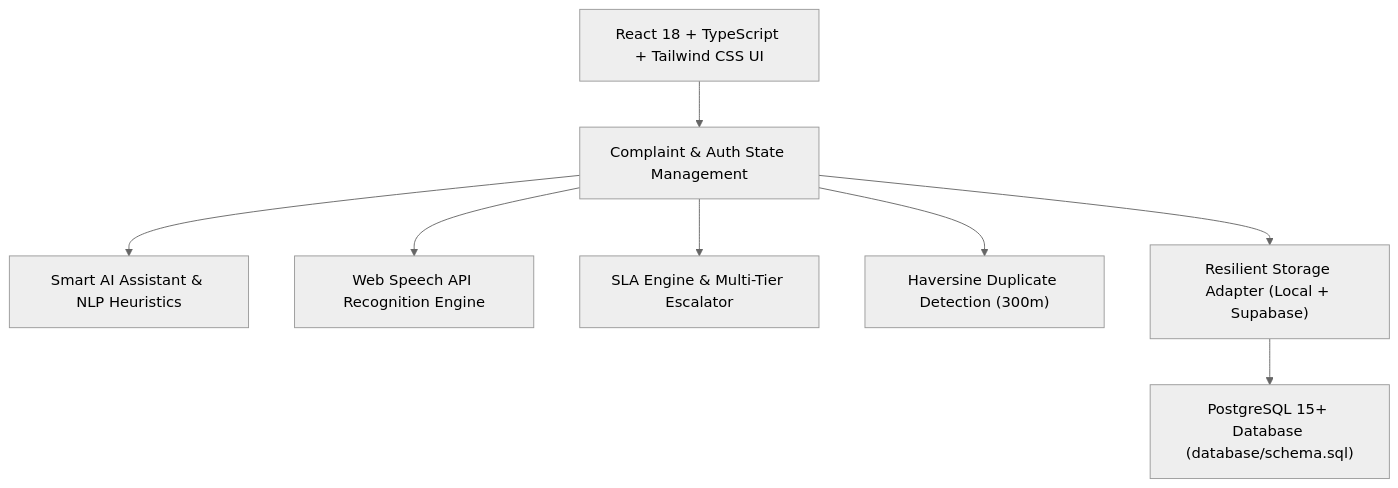
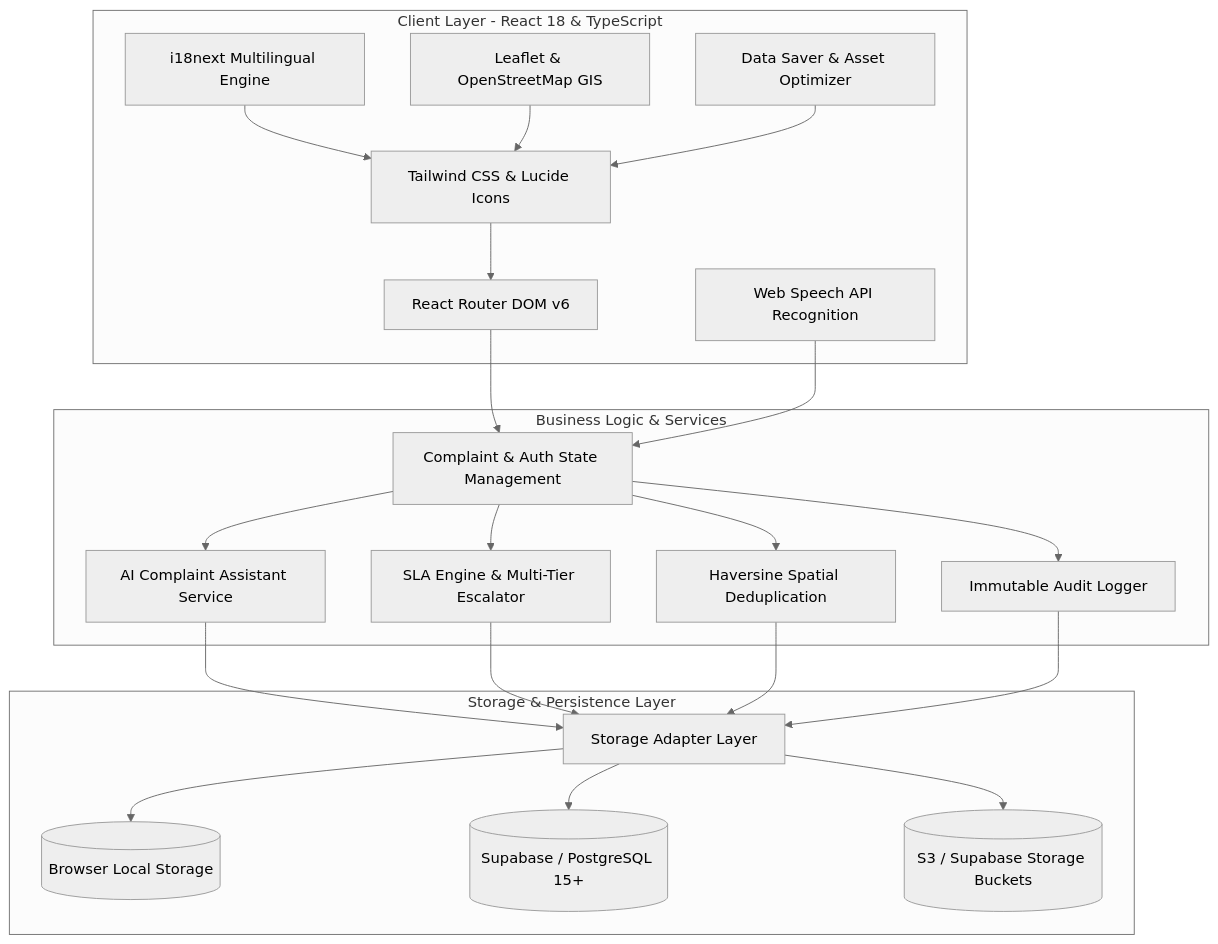
One commit to bandegangasai/NagarSetu changed the second of 4 diagrams in README.md. Above: the diagram before and after it, drawn with Mermaid (neutral theme). The commit also changed other lines of this file, not shown here.

````diff
--- a/README.md
+++ b/README.md
@@ -120,10 +140,47 @@
 ```mermaid
-graph TD
-    Client["React 18 + TypeScript + Tailwind CSS UI"] --> Context["Complaint & Auth State Management"]
-    Context --> AI["Smart AI Assistant & NLP Heuristics"]
-    Context --> Speech["Web Speech API Recognition Engine"]
-    Context --> SLA["SLA Engine & Multi-Tier Escalator"]
-    Context --> Geo["Haversine Duplicate Detection (300m)"]
-    Context --> Adapter["Resilient Storage Adapter (Local + Supabase)"]
-    Adapter --> DB["PostgreSQL 15+ Database (database/schema.sql)"]
+graph TB
+    subgraph ClientLayer [Client Layer - React 18 & TypeScript]
+        UI[Tailwind CSS & Lucide Icons]
+        Router[React Router DOM v6]
+        Voice[Web Speech API Recognition]
+        I18n[i18next Multilingual Engine]
+        Map[Leaflet & OpenStreetMap GIS]
+        DataSaver[Data Saver & Asset Optimizer]
+    end
+
+    subgraph ServiceLayer [Business Logic & Services]
+        State[Complaint & Auth State Management]
+        AI[AI Complaint Assistant Service]
+        SLA[SLA Engine & Multi-Tier Escalator]
+        Geo[Haversine Spatial Deduplication]
+        Audit[Immutable Audit Logger]
+    end
+
+    subgraph DataLayer [Storage & Persistence Layer]
+        Adapter[Storage Adapter Layer]
+        LocalStorage[(Browser Local Storage)]
+        Supabase[(Supabase / PostgreSQL 15+)]
+        Storage[(S3 / Supabase Storage Buckets)]
+    end
+
+    UI --> Router
+    Router --> State
+    Voice --> State
+    I18n --> UI
+    Map --> UI
+    DataSaver --> UI
+
+    State --> AI
+    State --> SLA
+    State --> Geo
+    State --> Audit
+
+    AI --> Adapter
+    SLA --> Adapter
+    Geo --> Adapter
+    Audit --> Adapter
+
+    Adapter --> LocalStorage
+    Adapter --> Supabase
+    Adapter --> Storage
 ```
````
